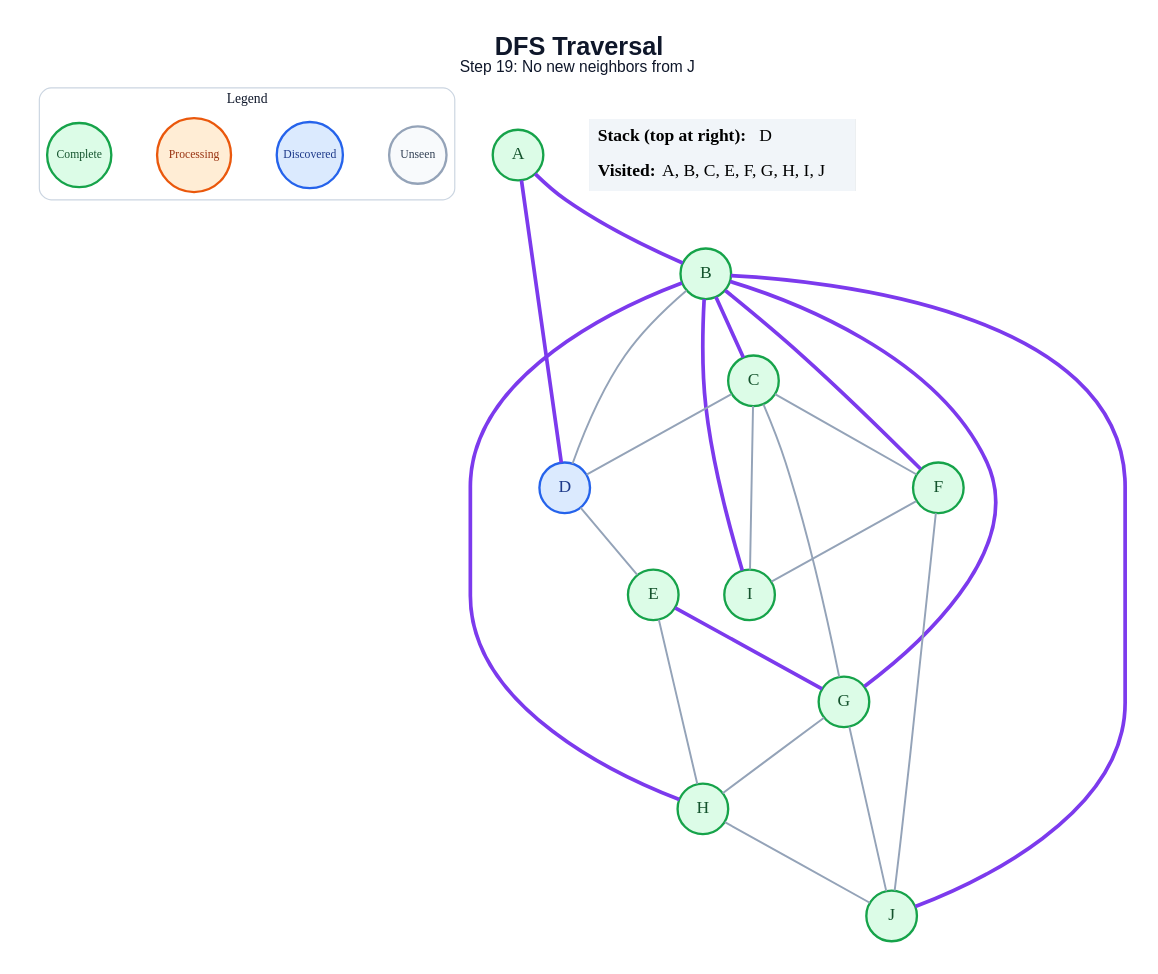
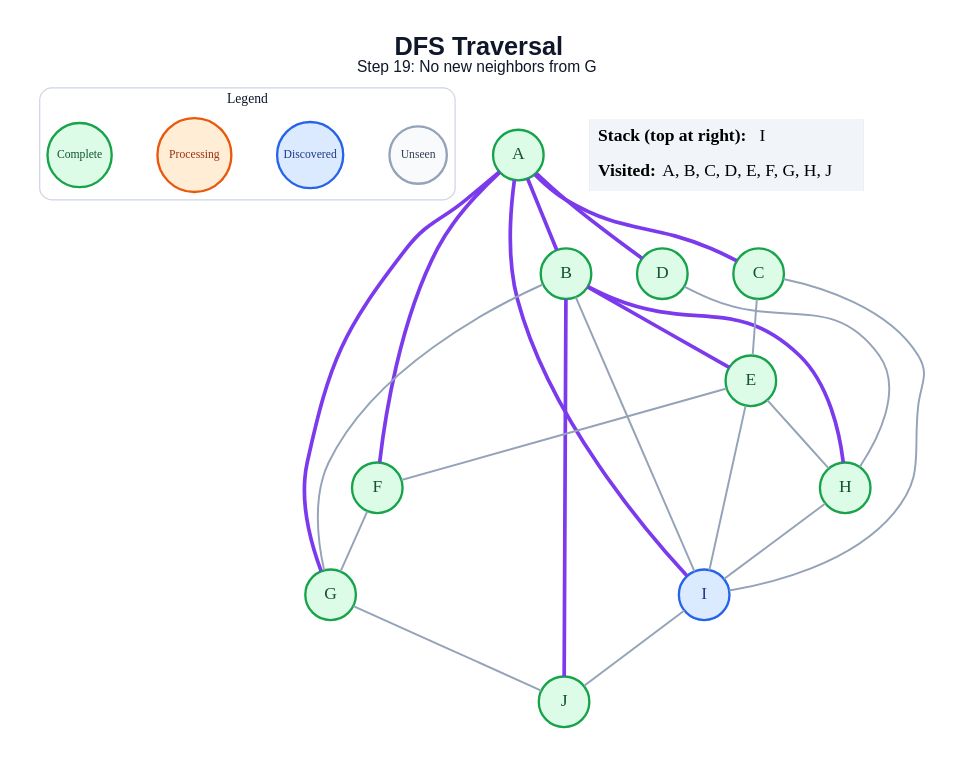
Before and after one commit to amanghodawala9/ai-slop: the diagram in generated/dfs/step_19.dot, drawn with Graphviz. The commit also changed 178 other files, not shown here.

```diff
--- a/generated/dfs/step_19.dot
+++ b/generated/dfs/step_19.dot
@@ -1,50 +1,50 @@
 graph traversal {
   graph [layout=dot, rankdir=TB, bgcolor="#FFFFFF", pad="0.35", nodesep="0.65", ranksep="0.8", fontname="Arial"];
   node [shape=circle, style="filled", fontname="Arial Bold", fontsize=18, width=0.72, fixedsize=true, penwidth=2.4];
   edge [color="#94A3B8", penwidth=2.0];
-  label=<<B>DFS Traversal</B><BR/><FONT POINT-SIZE="16">Step 19: No new neighbors from J</FONT>>; labelloc="t"; fontsize=26; fontname="Arial"; fontcolor="#0F172A";
+  label=<<B>DFS Traversal</B><BR/><FONT POINT-SIZE="16">Step 19: No new neighbors from G</FONT>>; labelloc="t"; fontsize=26; fontname="Arial"; fontcolor="#0F172A";
   subgraph cluster_legend { label="Legend"; color="#CBD5E1"; penwidth=1.2; style="rounded"; fontsize=14; fontname="Arial Bold";
     key_unseen [label="Unseen", fillcolor="#F8FAFC", color="#94A3B8", fontcolor="#334155", fontsize=12, width=0.82];
     key_frontier [label="Discovered", fillcolor="#DBEAFE", color="#2563EB", fontcolor="#1E3A8A", fontsize=12, width=0.95];
     key_current [label="Processing", fillcolor="#FFEDD5", color="#EA580C", fontcolor="#9A3412", fontsize=12, width=1.05];
     key_done [label="Complete", fillcolor="#DCFCE7", color="#16A34A", fontcolor="#14532D", fontsize=12, width=0.92];
     { rank=same; key_unseen; key_frontier; key_current; key_done; }
   }
   A [fillcolor="#DCFCE7", color="#16A34A", fontcolor="#14532D"];
   B [fillcolor="#DCFCE7", color="#16A34A", fontcolor="#14532D"];
   C [fillcolor="#DCFCE7", color="#16A34A", fontcolor="#14532D"];
-  D [fillcolor="#DBEAFE", color="#2563EB", fontcolor="#1E3A8A"];
+  D [fillcolor="#DCFCE7", color="#16A34A", fontcolor="#14532D"];
   E [fillcolor="#DCFCE7", color="#16A34A", fontcolor="#14532D"];
   F [fillcolor="#DCFCE7", color="#16A34A", fontcolor="#14532D"];
   G [fillcolor="#DCFCE7", color="#16A34A", fontcolor="#14532D"];
   H [fillcolor="#DCFCE7", color="#16A34A", fontcolor="#14532D"];
-  I [fillcolor="#DCFCE7", color="#16A34A", fontcolor="#14532D"];
+  I [fillcolor="#DBEAFE", color="#2563EB", fontcolor="#1E3A8A"];
   J [fillcolor="#DCFCE7", color="#16A34A", fontcolor="#14532D"];
   A -- B [color="#7C3AED", penwidth=3.8];
+  A -- C [color="#7C3AED", penwidth=3.8];
   A -- D [color="#7C3AED", penwidth=3.8];
-  B -- C [color="#7C3AED", penwidth=3.8];
-  B -- D;
-  B -- F [color="#7C3AED", penwidth=3.8];
-  B -- G [color="#7C3AED", penwidth=3.8];
+  A -- F [color="#7C3AED", penwidth=3.8];
+  A -- G [color="#7C3AED", penwidth=3.8];
+  A -- I [color="#7C3AED", penwidth=3.8];
+  B -- E [color="#7C3AED", penwidth=3.8];
+  B -- G;
   B -- H [color="#7C3AED", penwidth=3.8];
-  B -- I [color="#7C3AED", penwidth=3.8];
+  B -- I;
   B -- J [color="#7C3AED", penwidth=3.8];
-  C -- D;
-  C -- F;
-  C -- G;
+  C -- E;
   C -- I;
-  D -- E;
-  E -- G [color="#7C3AED", penwidth=3.8];
+  D -- H;
+  E -- F;
   E -- H;
-  F -- I;
-  F -- J;
-  G -- H;
+  E -- I;
+  F -- G;
   G -- J;
-  H -- J;
+  H -- I;
+  I -- J;
   status [shape=plain, fixedsize=false, width=0, height=0, margin=0, label=<
     <TABLE BORDER="0" CELLBORDER="0" CELLPADDING="7" BGCOLOR="#F1F5F9">
-      <TR><TD ALIGN="LEFT"><B>Stack (top at right):</B> D</TD></TR>
-      <TR><TD ALIGN="LEFT"><B>Visited:</B> A, B, C, E, F, G, H, I, J</TD></TR>
+      <TR><TD ALIGN="LEFT"><B>Stack (top at right):</B> I</TD></TR>
+      <TR><TD ALIGN="LEFT"><B>Visited:</B> A, B, C, D, E, F, G, H, J</TD></TR>
     </TABLE>
   >];
 }
```
